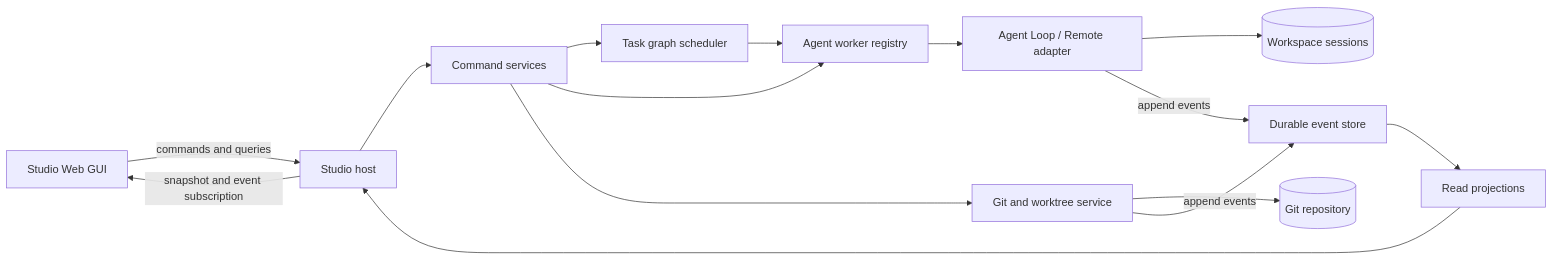
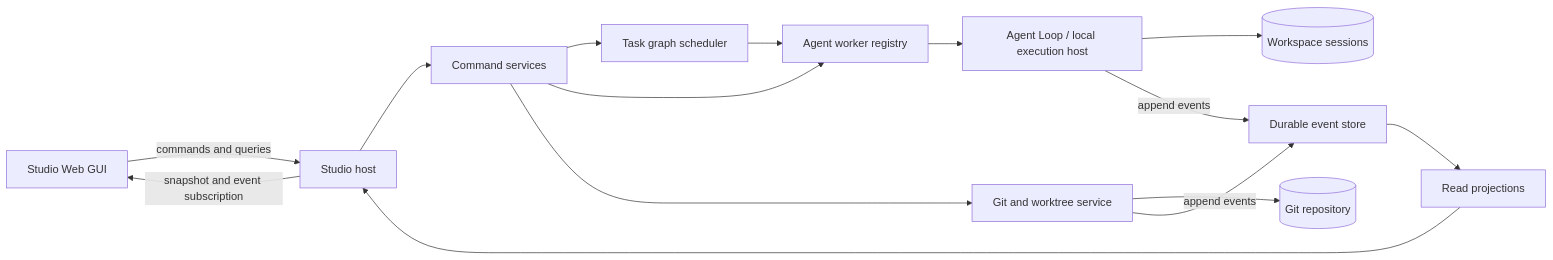
The diagram in docs/studio-blueprint.md (snowmerak/q), drawn with Mermaid before and after one commit. The commit also changed other lines of this file and 50 other files, not shown here.

Commit message:
refactor: remove remote agent service

````diff
--- a/docs/studio-blueprint.md
+++ b/docs/studio-blueprint.md
@@ -208,29 +212,29 @@
 ```mermaid
 flowchart LR
     Browser[Studio Web GUI]
     Studio[Studio host]
     Commands[Command services]
     Events[Durable event store]
     Projection[Read projections]
     Scheduler[Task graph scheduler]
     Workers[Agent worker registry]
-    Runtime[Agent Loop / Remote adapter]
+    Runtime[Agent Loop / local execution host]
     Git[Git and worktree service]
     Repo[(Git repository)]
     Sessions[(Workspace sessions)]
 
     Browser -->|commands and queries| Studio
     Studio -->|snapshot and event subscription| Browser
     Studio --> Commands
     Commands --> Scheduler
     Commands --> Workers
     Commands --> Git
     Scheduler --> Workers
     Workers --> Runtime
     Runtime --> Sessions
     Runtime -->|append events| Events
     Git --> Repo
     Git -->|append events| Events
     Events --> Projection
     Projection --> Studio
 ```
````
